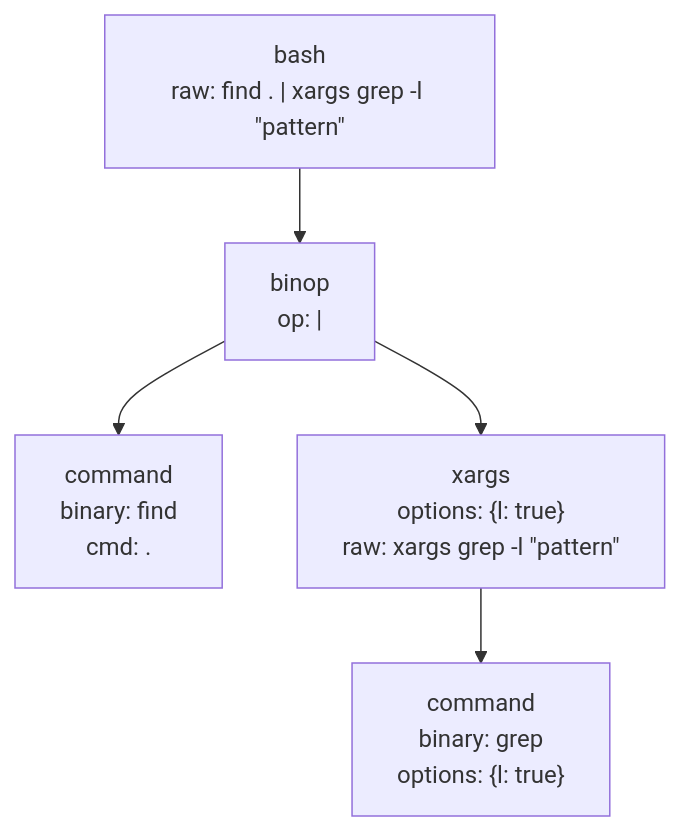
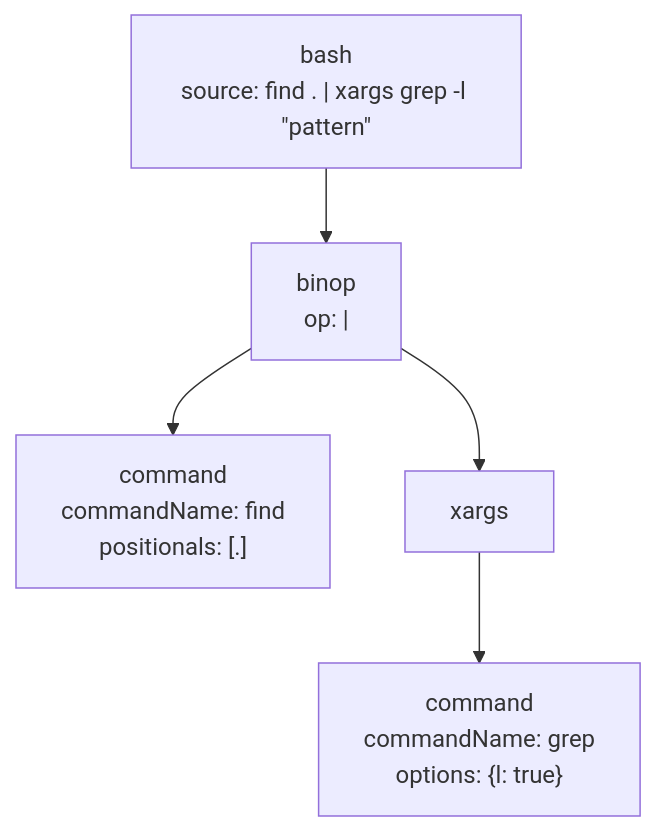
One commit to ashleydavis/expressive-permissions changed the second of 3 diagrams in docs/HOW_IT_WORKS.md. Above: the diagram before and after it, drawn with Mermaid. The commit also changed other lines of this file and 433 other files, not shown here.

````diff
--- a/docs/HOW_IT_WORKS.md
+++ b/docs/HOW_IT_WORKS.md
@@ -70,7 +81,7 @@
 ```mermaid
 graph TD
-  Bash["bash<br/>raw: find . | xargs grep -l &quot;pattern&quot;"] --> Pipe["binop<br/>op: |"]
-  Pipe --> Find["command<br/>binary: find<br/>cmd: ."]
-  Pipe --> Xargs["xargs<br/>options: {l: true}<br/>raw: xargs grep -l &quot;pattern&quot;"]
-  Xargs --> Grep["command<br/>binary: grep<br/>options: {l: true}"]
+  Bash["bash<br/>source: find . | xargs grep -l &quot;pattern&quot;"] --> Pipe["binop<br/>op: |"]
+  Pipe --> Find["command<br/>commandName: find<br/>positionals: [.]"]
+  Pipe --> Xargs["xargs"]
+  Xargs --> Grep["command<br/>commandName: grep<br/>options: {l: true}"]
 ```
````
